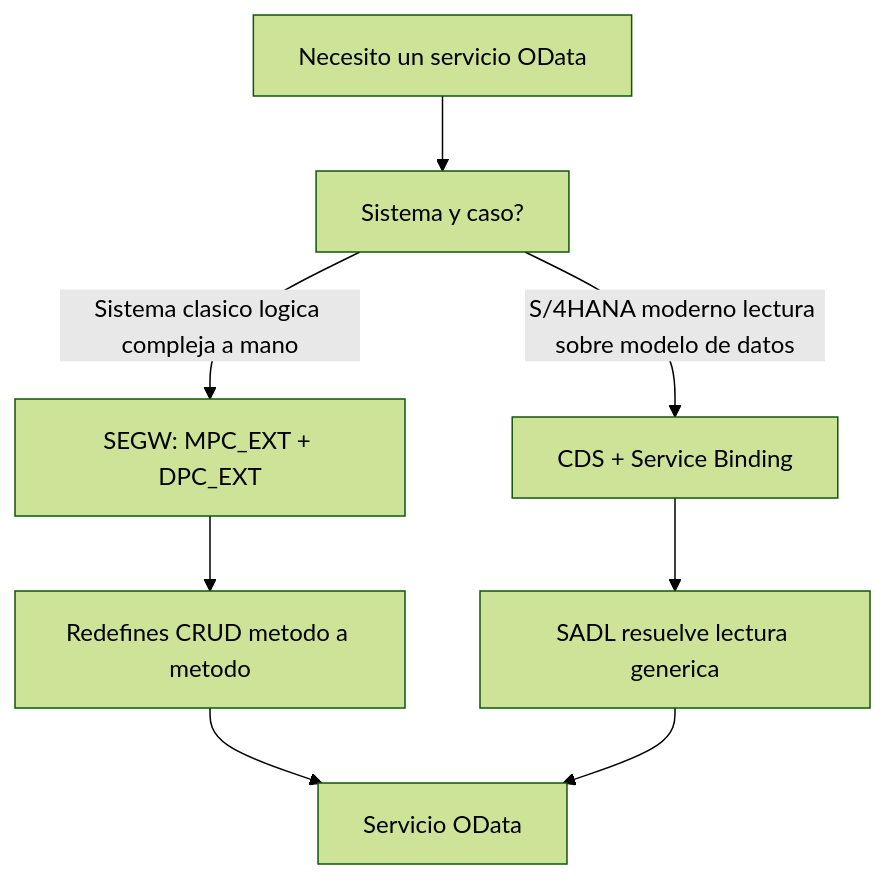
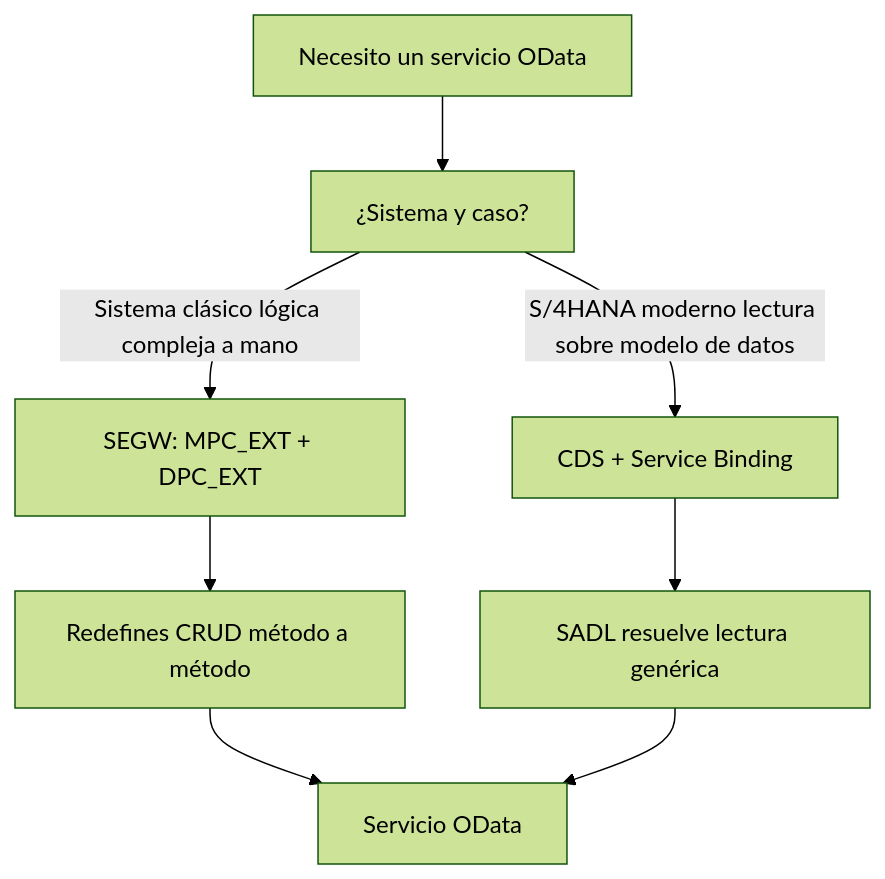
One commit to logalitech/blog-content changed the diagram in es/odata-gateway-segw-vs-cds.mdx. Above: the diagram before and after it, drawn with Mermaid (forest theme). The commit also changed other lines of this file and 49 other files, not shown here.

````diff
--- a/es/odata-gateway-segw-vs-cds.mdx
+++ b/es/odata-gateway-segw-vs-cds.mdx
@@ -50,10 +50,10 @@
 ```mermaid
 flowchart TD
- A["Necesito un servicio OData"] --> B["Sistema y caso?"]
- B -->|"Sistema clasico logica compleja a mano"| C["SEGW: MPC_EXT + DPC_EXT"]
+ A["Necesito un servicio OData"] --> B["¿Sistema y caso?"]
+ B -->|"Sistema clásico lógica compleja a mano"| C["SEGW: MPC_EXT + DPC_EXT"]
  B -->|"S/4HANA moderno lectura sobre modelo de datos"| D["CDS + Service Binding"]
- C --> E["Redefines CRUD metodo a metodo"]
- D --> F["SADL resuelve lectura generica"]
+ C --> E["Redefines CRUD método a método"]
+ D --> F["SADL resuelve lectura genérica"]
  E --> G["Servicio OData"]
  F --> G
 ```
````
